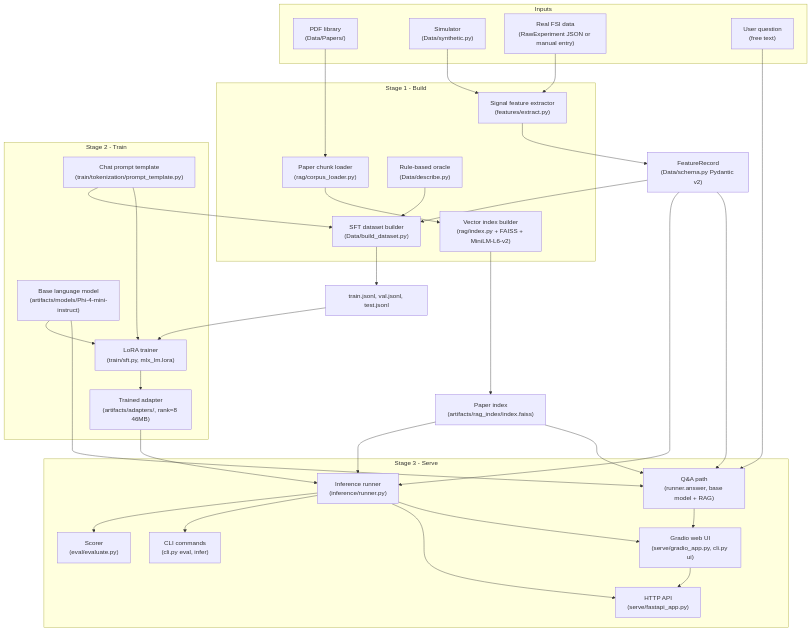
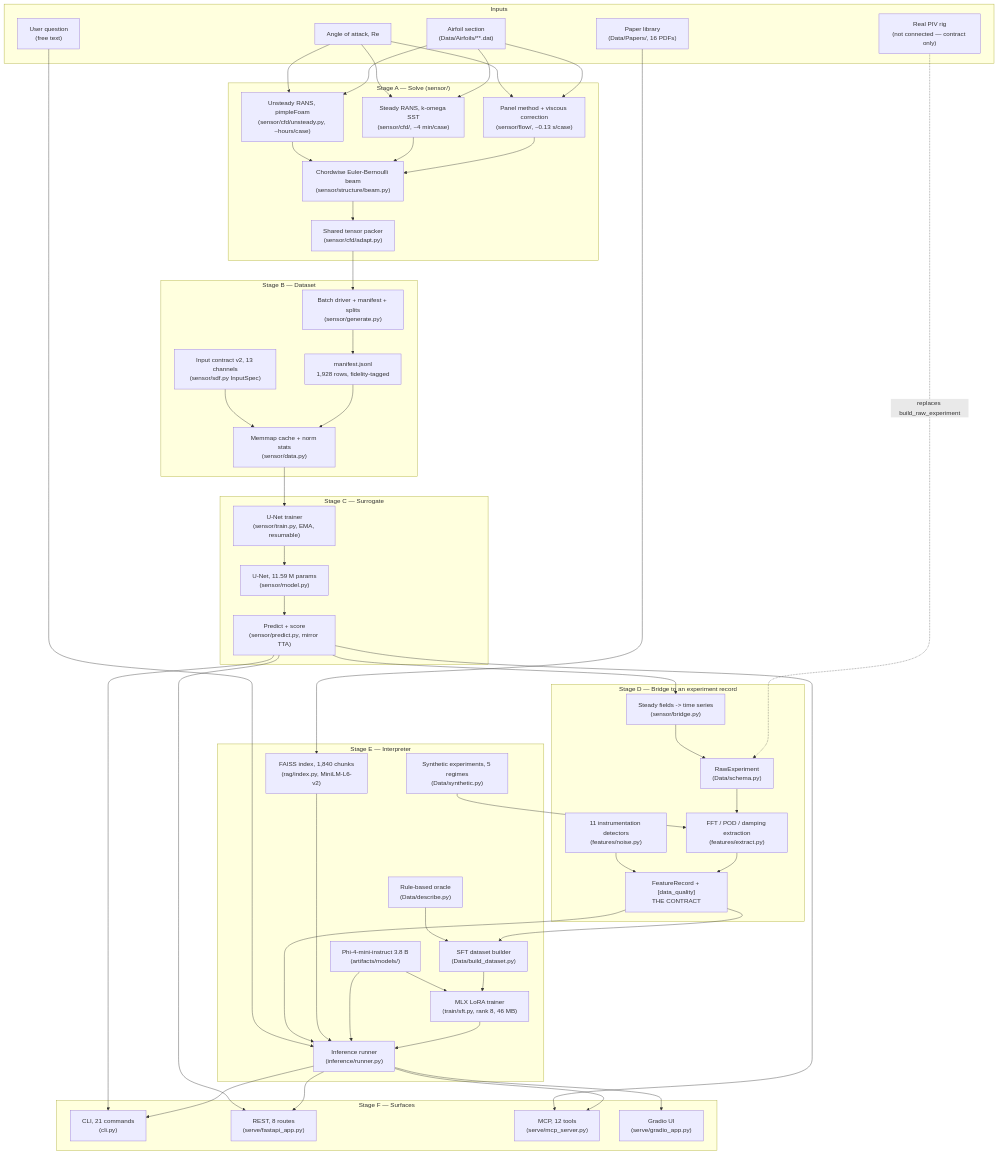
One commit to AngadKumar16/FSI-SLM changed the first of 8 diagrams in docs/workflow.md. Above: the diagram before and after it, drawn with Mermaid. The commit also changed other lines of this file and 43 other files, not shown here.

````diff
--- a/docs/workflow.md
+++ b/docs/workflow.md
@@ -9,64 +27,85 @@
 ```mermaid
 flowchart TB
-    subgraph sources["Inputs"]
-        PDFs["PDF library<br/>(Data/Papers/)"]
-        Synth["Simulator<br/>(Data/synthetic.py)"]
-        REAL["Real FSI data<br/>(RawExperiment JSON or manual entry)"]
-        QURY["User question<br/>(free text)"]
+    subgraph inputs["Inputs"]
+        GEO["Airfoil section<br/>(Data/Airfoils/**.dat)"]
+        AOA["Angle of attack, Re"]
+        PDFs["Paper library<br/>(Data/Papers/, 16 PDFs)"]
+        RIG["Real PIV rig<br/>(not connected — contract only)"]
+        QRY["User question<br/>(free text)"]
     end
 
-    subgraph build["Stage 1 - Build"]
-        FE["Signal feature extractor<br/>(features/extract.py)"]
-        DS["SFT dataset builder<br/>(Data/build_dataset.py)"]
-        BR["Paper chunk loader<br/>(rag/corpus_loader.py)"]
-        BI["Vector index builder<br/>(rag/index.py + FAISS + MiniLM-L6-v2)"]
-        FD["Rule-based oracle<br/>(Data/describe.py)"]
+    subgraph solvers["Stage A — Solve (sensor/)"]
+        PANEL["Panel method + viscous correction<br/>(sensor/flow/, ~0.13 s/case)"]
+        RANS["Steady RANS, k-omega SST<br/>(sensor/cfd/, ~4 min/case)"]
+        URANS["Unsteady RANS, pimpleFoam<br/>(sensor/cfd/unsteady.py, ~hours/case)"]
+        BEAM["Chordwise Euler-Bernoulli beam<br/>(sensor/structure/beam.py)"]
+        PACK["Shared tensor packer<br/>(sensor/cfd/adapt.py)"]
     end
 
-    subgraph train["Stage 2 - Train"]
-        PT["Chat prompt template<br/>(train/tokenization/prompt_template.py)"]
-        SFT["LoRA trainer<br/>(train/sft.py, mlx_lm.lora)"]
-        BASE["Base language model<br/>(artifacts/models/Phi-4-mini-instruct)"]
-        ADAPT["Trained adapter<br/>(artifacts/adapters/, rank=8 46MB)"]
+    subgraph dataset["Stage B — Dataset"]
+        GEN["Batch driver + manifest + splits<br/>(sensor/generate.py)"]
+        MAN["manifest.jsonl<br/>1,928 rows, fidelity-tagged"]
+        SPEC["Input contract v2, 13 channels<br/>(sensor/sdf.py InputSpec)"]
+        CACHE["Memmap cache + norm stats<br/>(sensor/data.py)"]
     end
 
-    subgraph serve["Stage 3 - Serve"]
-        INF["Inference runner<br/>(inference/runner.py)"]
-        QA["Q&A path<br/>(runner.answer, base model + RAG)"]
-        EVAL["Scorer<br/>(eval/evaluate.py)"]
-        CLI["CLI commands<br/>(cli.py eval, infer)"]
-        API["HTTP API<br/>(serve/fastapi_app.py)"]
-        UI["Gradio web UI<br/>(serve/gradio_app.py, cli.py ui)"]
+    subgraph unet["Stage C — Surrogate"]
+        TRAIN["U-Net trainer<br/>(sensor/train.py, EMA, resumable)"]
+        MODEL["U-Net, 11.59 M params<br/>(sensor/model.py)"]
+        PRED["Predict + score<br/>(sensor/predict.py, mirror TTA)"]
     end
 
-    Synth --> FE
-    REAL --> FE
-    FE --> FR["FeatureRecord<br/>(Data/schema.py Pydantic v2)"]
-    FR --> DS
-    FD --> DS
-    PT --> DS
-    DS --> JSONL["train.jsonl, val.jsonl, test.jsonl"]
+    subgraph bridge["Stage D — Bridge to an experiment record"]
+        BR["Steady fields -> time series<br/>(sensor/bridge.py)"]
+        RAW["RawExperiment<br/>(Data/schema.py)"]
+        FE["FFT / POD / damping extraction<br/>(features/extract.py)"]
+        NOISE["11 instrumentation detectors<br/>(features/noise.py)"]
+        FR["FeatureRecord + [data_quality]<br/>THE CONTRACT"]
+    end
 
-    PDFs --> BR
-    BR --> BI
-    BI --> IDX["Paper index<br/>(artifacts/rag_index/index.faiss)"]
+    subgraph slm["Stage E — Interpreter"]
+        SYN["Synthetic experiments, 5 regimes<br/>(Data/synthetic.py)"]
+        ORACLE["Rule-based oracle<br/>(Data/describe.py)"]
+        SFT["SFT dataset builder<br/>(Data/build_dataset.py)"]
+        LORA["MLX LoRA trainer<br/>(train/sft.py, rank 8, 46 MB)"]
+        BASE["Phi-4-mini-instruct 3.8 B<br/>(artifacts/models/)"]
+        IDX["FAISS index, 1,840 chunks<br/>(rag/index.py, MiniLM-L6-v2)"]
+        RUN["Inference runner<br/>(inference/runner.py)"]
+    end
 
-    BASE --> SFT
-    JSONL --> SFT
-    SFT --> ADAPT
-    PT --> SFT
+    subgraph out["Stage F — Surfaces"]
+        CLI["CLI, 21 commands<br/>(cli.py)"]
+        API["REST, 8 routes<br/>(serve/fastapi_app.py)"]
+        MCP["MCP, 12 tools<br/>(serve/mcp_server.py)"]
+        UI["Gradio UI<br/>(serve/gradio_app.py)"]
+    end
 
-    ADAPT --> INF
-    IDX --> INF
-    IDX --> QA
-    FR --> INF
-    FR --> QA
-    BASE --> QA
-    QURY --> QA
-    INF --> EVAL
-    INF --> CLI
-    INF --> API
-    INF --> UI
-    QA --> UI
-    UI --> API
+    GEO --> PANEL & RANS & URANS
+    AOA --> PANEL & RANS & URANS
+    PANEL --> BEAM
+    RANS --> BEAM
+    URANS --> BEAM
+    BEAM --> PACK
+    PACK --> GEN --> MAN --> CACHE
+    SPEC --> CACHE
+    CACHE --> TRAIN --> MODEL --> PRED
+
+    PRED --> BR
+    RIG -.->|"replaces build_raw_experiment"| RAW
+    BR --> RAW --> FE --> FR
+    NOISE --> FR
+
+    SYN --> FE
+    FR --> SFT
+    ORACLE --> SFT
+    SFT --> LORA
+    BASE --> LORA
+    LORA --> RUN
+    BASE --> RUN
+    PDFs --> IDX --> RUN
+    FR --> RUN
+    QRY --> RUN
+
+    RUN --> CLI & API & MCP & UI
+    PRED --> CLI & API & MCP
 ```
````
